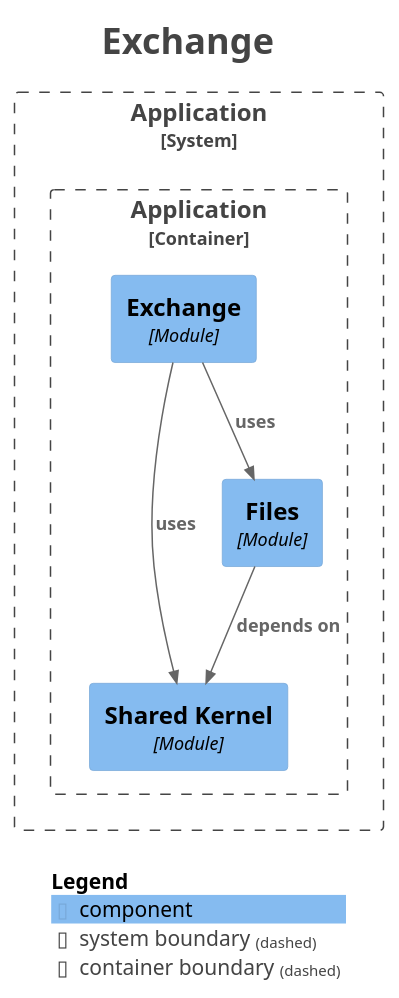
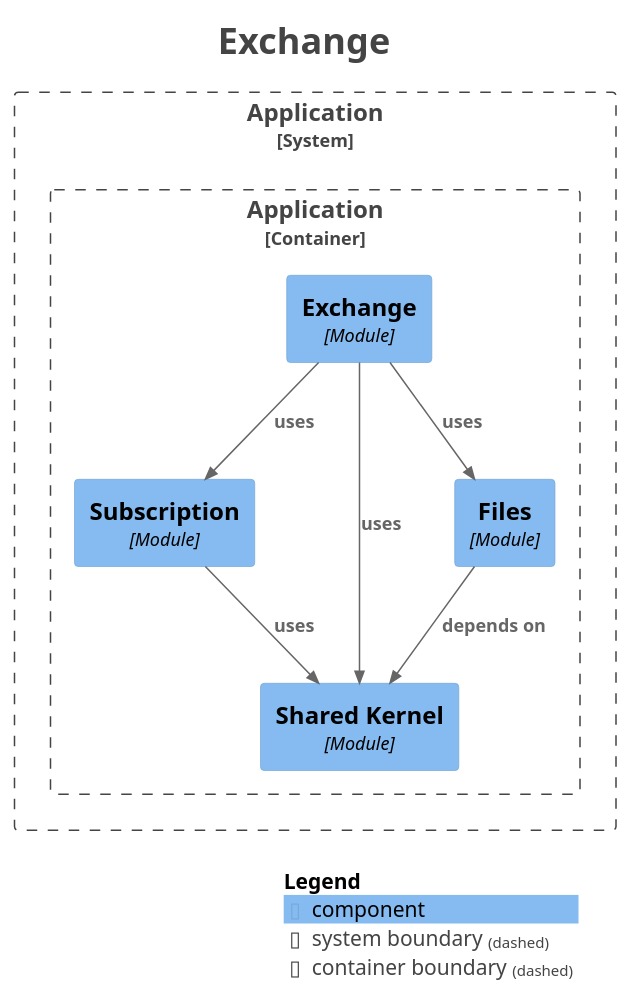
The diagram in docs/modulith/module-exchange.puml (Paul-Ayesiga/enterprise-modulith-template), drawn with PlantUML before and after one commit. The commit also changed 106 other files, not shown here.

```diff
--- a/docs/modulith/module-exchange.puml
+++ b/docs/modulith/module-exchange.puml
@@ -1,33 +1,36 @@
 @startuml
 title <size:24>Exchange</size>
 
 set separator none
 top to bottom direction
 
 <style>
   root {
     BackgroundColor: #ffffff
     FontColor: #444444
   }
 </style>
 
 !include <C4/C4>
 !include <C4/C4_Context>
 !include <C4/C4_Component>
 
 System_Boundary("Application_boundary", "Application", $tags="") {
   Container_Boundary("Application.Application_boundary", "Application", $tags="") {
+    Component(Application.Application.Subscription, "Subscription", $techn="Module", $descr="", $tags="", $link="")
     Component(Application.Application.Exchange, "Exchange", $techn="Module", $descr="", $tags="", $link="")
     Component(Application.Application.SharedKernel, "Shared Kernel", $techn="Module", $descr="", $tags="", $link="")
     Component(Application.Application.Files, "Files", $techn="Module", $descr="", $tags="", $link="")
   }
 
 }
 
-Rel(Application.Application.Files, Application.Application.SharedKernel, "depends on", $techn="", $tags="", $link="")
 Rel(Application.Application.Exchange, Application.Application.Files, "uses", $techn="", $tags="", $link="")
 Rel(Application.Application.Exchange, Application.Application.SharedKernel, "uses", $techn="", $tags="", $link="")
+Rel(Application.Application.Exchange, Application.Application.Subscription, "uses", $techn="", $tags="", $link="")
+Rel(Application.Application.Files, Application.Application.SharedKernel, "depends on", $techn="", $tags="", $link="")
+Rel(Application.Application.Subscription, Application.Application.SharedKernel, "uses", $techn="", $tags="", $link="")
 
 SHOW_LEGEND(true)
 hide stereotypes
 @enduml
```
